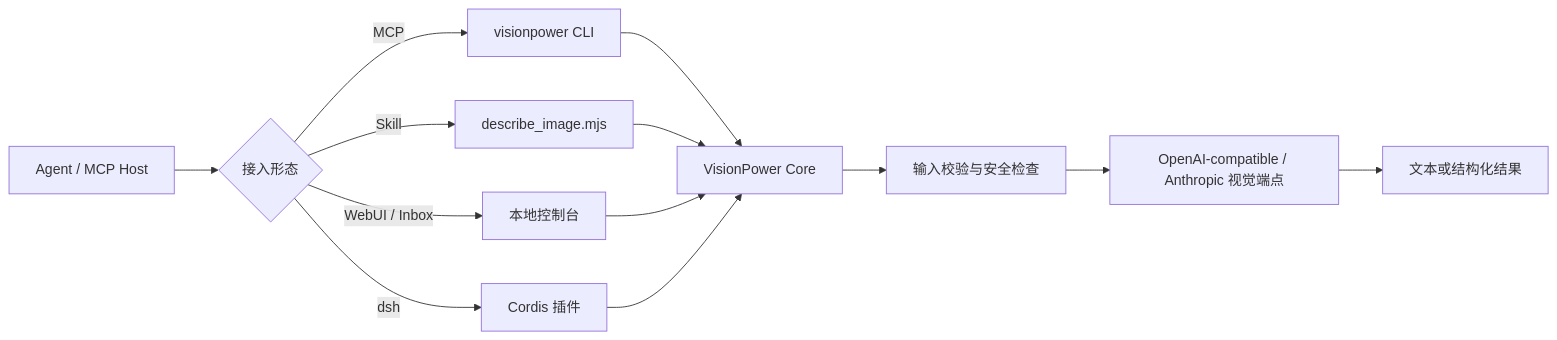
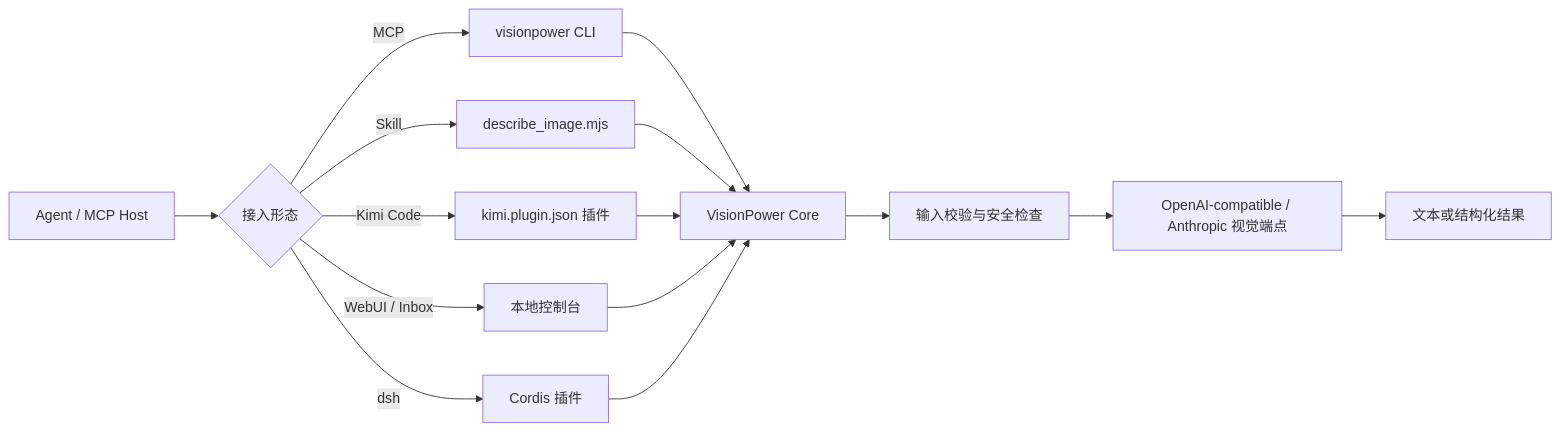
Before and after one commit to RunhuaHuang/VisionPower: the diagram in README.md, drawn with Mermaid. The commit also changed other lines of this file and 6 other files, not shown here.

Commit message:
feat: add Kimi Code plugin integration

````diff
--- a/README.md
+++ b/README.md
@@ -30,15 +30,17 @@
 ```mermaid
 flowchart LR
     A["Agent / MCP Host"] --> B{"接入形态"}
     B -->|MCP| C["visionpower CLI"]
     B -->|Skill| D["describe_image.mjs"]
+    B -->|Kimi Code| K["kimi.plugin.json 插件"]
     B -->|WebUI / Inbox| E["本地控制台"]
     B -->|dsh| F["Cordis 插件"]
     C --> G["VisionPower Core"]
     D --> G
+    K --> G
     E --> G
     F --> G
     G --> H["输入校验与安全检查"]
     H --> I["OpenAI-compatible / Anthropic 视觉端点"]
     I --> J["文本或结构化结果"]
 ```
````
